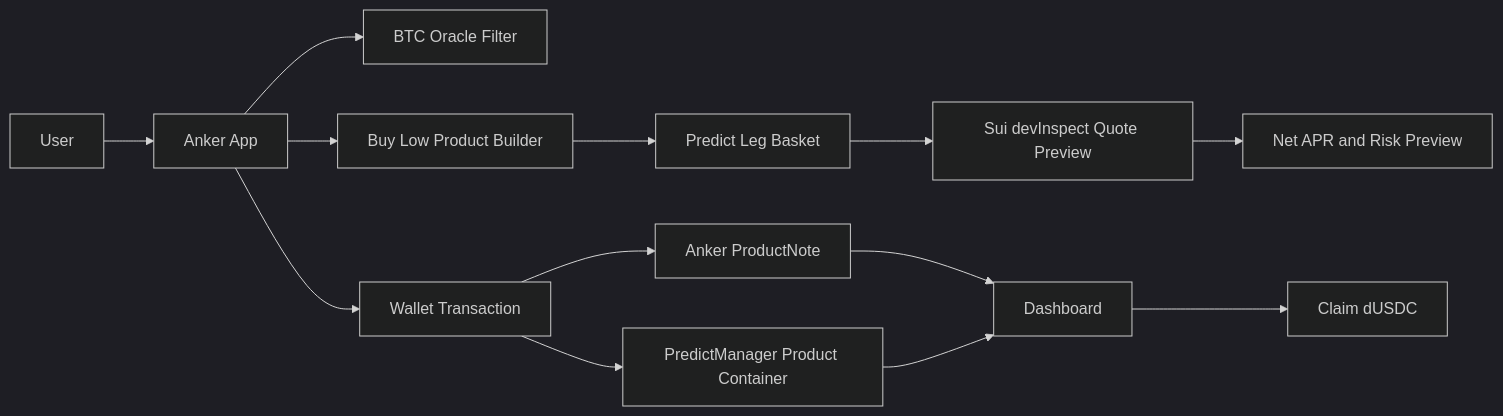
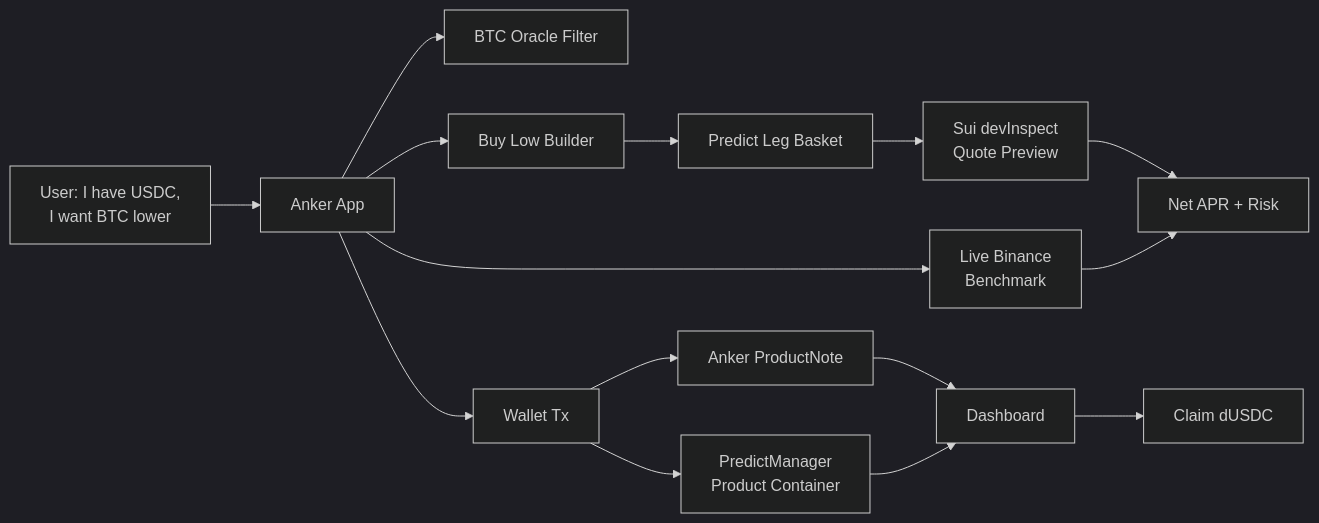
Before and after one commit to cl-fi/AnkerProtocol: the diagram in README.md, drawn with Mermaid (dark theme). The commit also changed other lines of this file and 2 other files, not shown here.

Commit message:
feat: update Binance Dual Investment integration to use same-origin API proxy for fetching benchmark rows

````diff
--- a/README.md
+++ b/README.md
@@ -359,15 +211,17 @@
 ```mermaid
 flowchart LR
-  A["User"] --> B["Anker App"]
+  A["User: I have USDC,<br/>I want BTC lower"] --> B["Anker App"]
   B --> C["BTC Oracle Filter"]
-  B --> D["Buy Low Product Builder"]
+  B --> D["Buy Low Builder"]
   D --> E["Predict Leg Basket"]
-  E --> F["Sui devInspect Quote Preview"]
-  F --> G["Net APR and Risk Preview"]
-  B --> H["Wallet Transaction"]
-  H --> I["PredictManager Product Container"]
+  E --> F["Sui devInspect<br/>Quote Preview"]
+  F --> G["Net APR + Risk"]
+  B --> X["Live Binance<br/>Benchmark"]
+  X --> G
+  B --> H["Wallet Tx"]
+  H --> I["PredictManager<br/>Product Container"]
   H --> J["Anker ProductNote"]
   J --> K["Dashboard"]
   I --> K
   K --> L["Claim dUSDC"]
 ```
````
